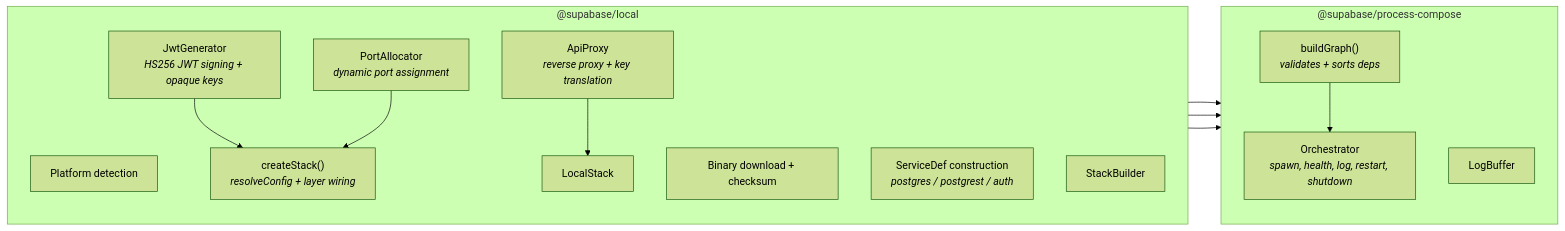
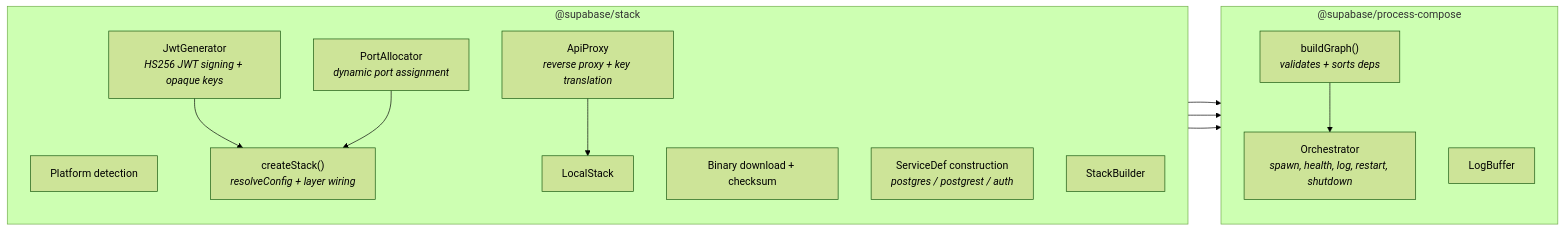
One commit to supabase/cli changed the second of 9 diagrams in packages/stack/docs/architecture.md. Above: the diagram before and after it, drawn with Mermaid (forest theme). The commit also changed other lines of this file and 114 other files, not shown here.

````diff
--- a/packages/stack/docs/architecture.md
+++ b/packages/stack/docs/architecture.md
@@ -85,30 +85,30 @@
 ```mermaid
 graph LR
-    subgraph "@supabase/local"
+    subgraph "@supabase/stack"
         direction TB
         PLAT["Platform detection"]
         BRES["Binary download + checksum"]
         SDEFS["ServiceDef construction<br/><i>postgres / postgrest / auth</i>"]
         JWTGEN["JwtGenerator<br/><i>HS256 JWT signing + opaque keys</i>"]
         PALLOC["PortAllocator<br/><i>dynamic port assignment</i>"]
         PROXY["ApiProxy<br/><i>reverse proxy + key translation</i>"]
         BUILD["StackBuilder"]
         LSTACK["LocalStack"]
         CSTACK["createStack()<br/><i>resolveConfig + layer wiring</i>"]
     end
 
     subgraph "@supabase/process-compose"
         direction TB
         BGRAPH["buildGraph()<br/><i>validates + sorts deps</i>"]
         ORCH["Orchestrator<br/><i>spawn, health, log, restart, shutdown</i>"]
         LB["LogBuffer"]
     end
 
     SDEFS --> BGRAPH
     BUILD --> BGRAPH
     BGRAPH --> ORCH
     JWTGEN --> CSTACK
     PALLOC --> CSTACK
     PROXY --> LSTACK
     LSTACK --> ORCH
 ```
````
